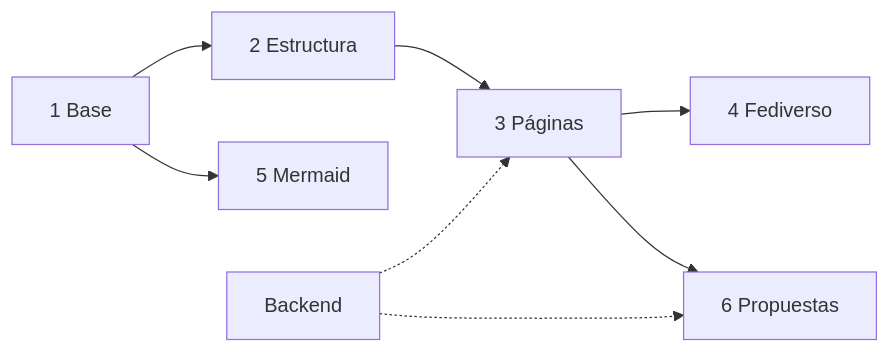
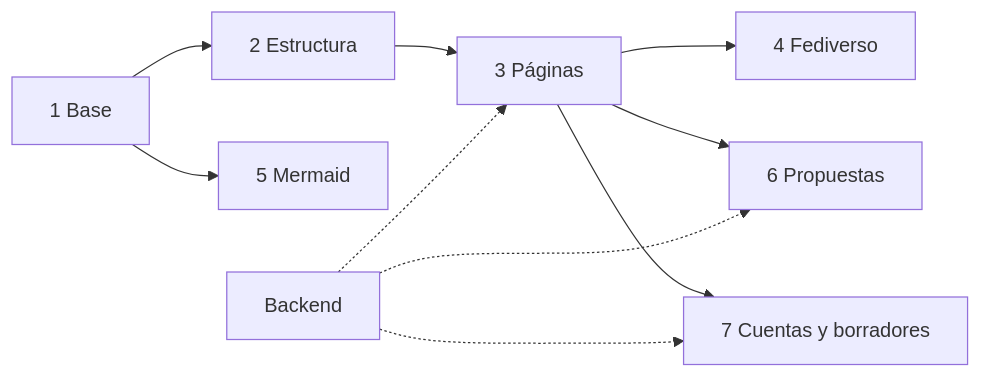
The fourth of 5 diagrams in docs/design/DESIGN.md (ale9420/devbog-blog-front), drawn with Mermaid before and after one commit. The commit also changed other lines of this file, not shown here.

````diff
--- a/docs/design/DESIGN.md
+++ b/docs/design/DESIGN.md
@@ -295,8 +299,10 @@
 ```mermaid
 flowchart LR
     F1[1 Base] --> F2[2 Estructura] --> F3[3 Páginas] --> F4[4 Fediverso]
     F1 --> F5[5 Mermaid]
     F3 --> F6[6 Propuestas]
+    F3 --> F7[7 Cuentas y borradores]
     BE[Backend] -.-> F3
     BE -.-> F6
+    BE -.-> F7
 ```
````
